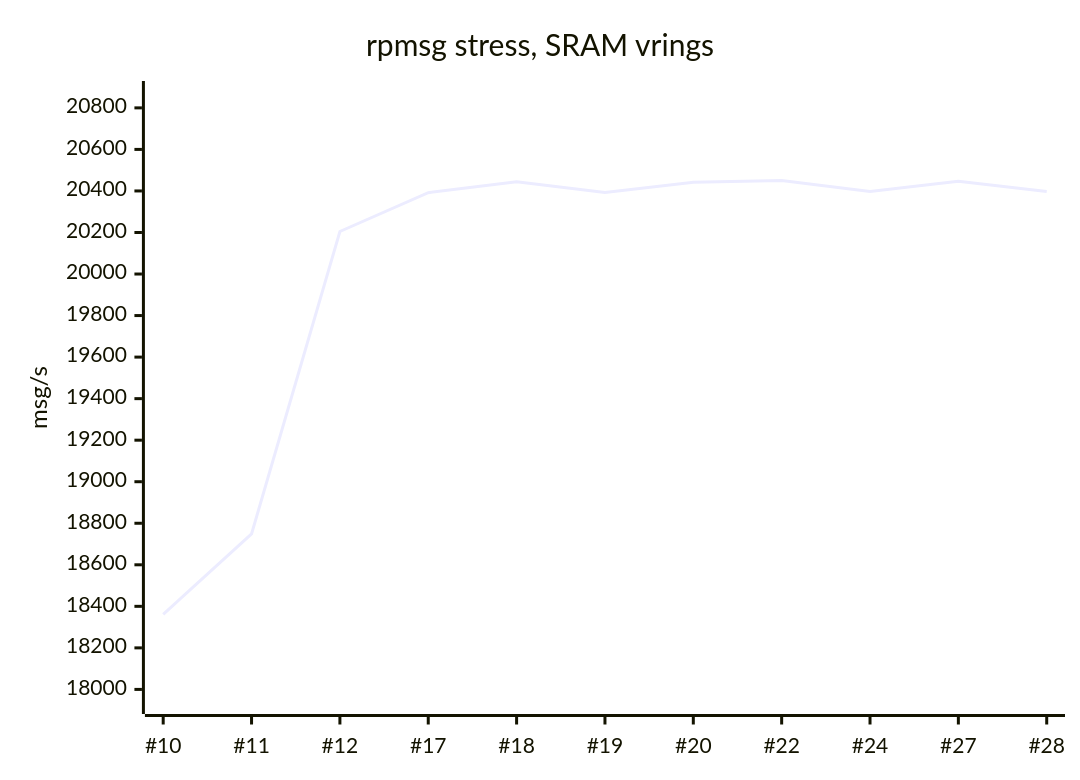
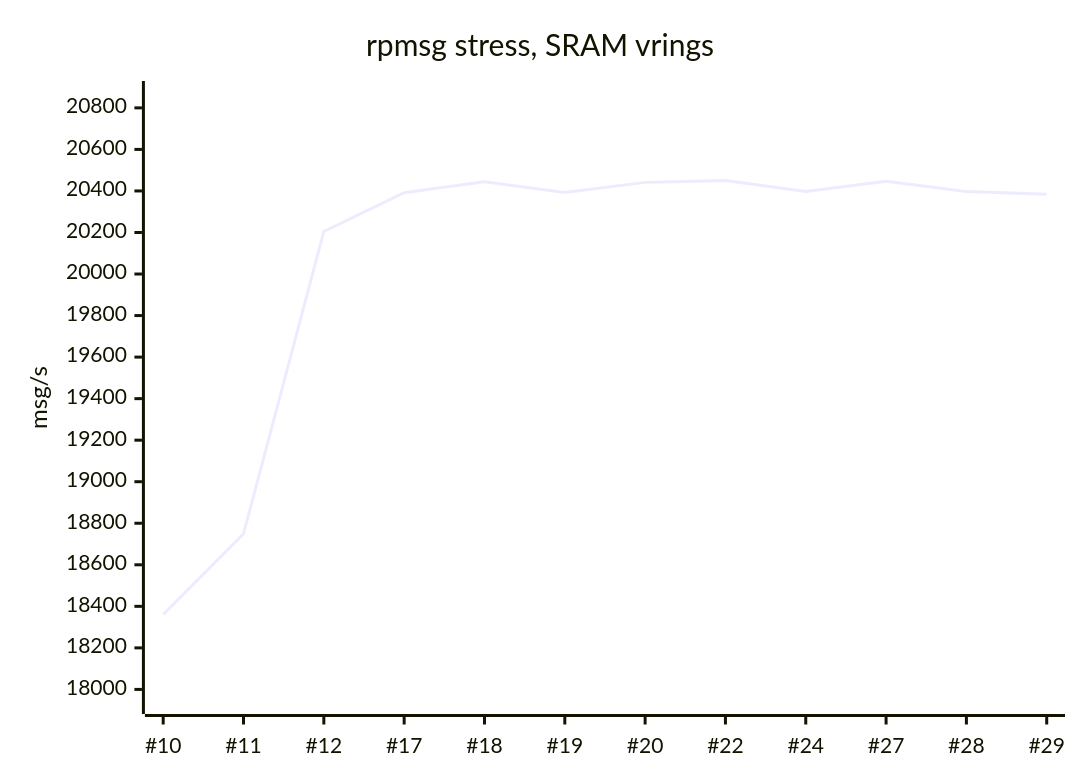
The third of 4 diagrams in wiki/Full-Sweep-Tests.md (tcmichals/cubie-a5e), drawn with Mermaid before and after one commit. The commit also changed other lines of this file and 7 other files, not shown here.

````diff
--- a/wiki/Full-Sweep-Tests.md
+++ b/wiki/Full-Sweep-Tests.md
@@ -68,7 +68,7 @@
 ```mermaid
 xychart-beta
     title "rpmsg stress, SRAM vrings"
-    x-axis ["#10", "#11", "#12", "#17", "#18", "#19", "#20", "#22", "#24", "#27", "#28"]
+    x-axis ["#10", "#11", "#12", "#17", "#18", "#19", "#20", "#22", "#24", "#27", "#28", "#29"]
     y-axis "msg/s" 17943 --> 20868
-    line [18361.0, 18749.0, 20204.9, 20391.7, 20443.7, 20393.0, 20441.3, 20450.2, 20397.2, 20447.2, 20396.8]
+    line [18361.0, 18749.0, 20204.9, 20391.7, 20443.7, 20393.0, 20441.3, 20450.2, 20397.2, 20447.2, 20396.8, 20384.3]
 ```
````
